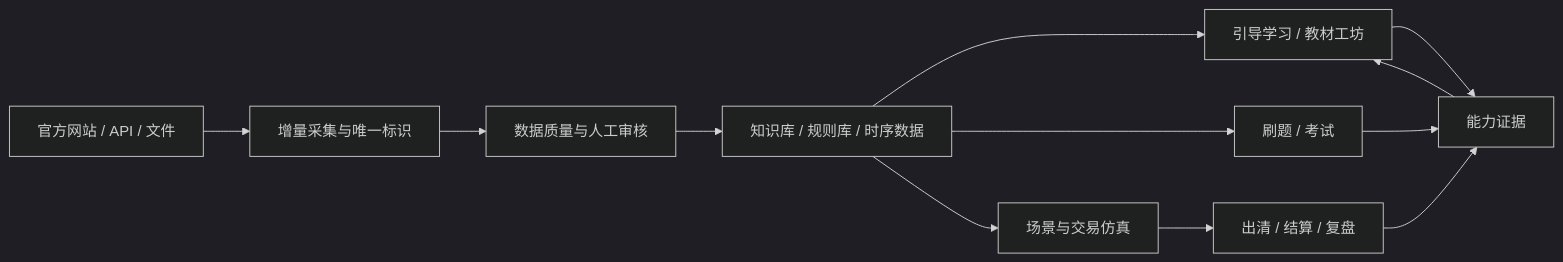
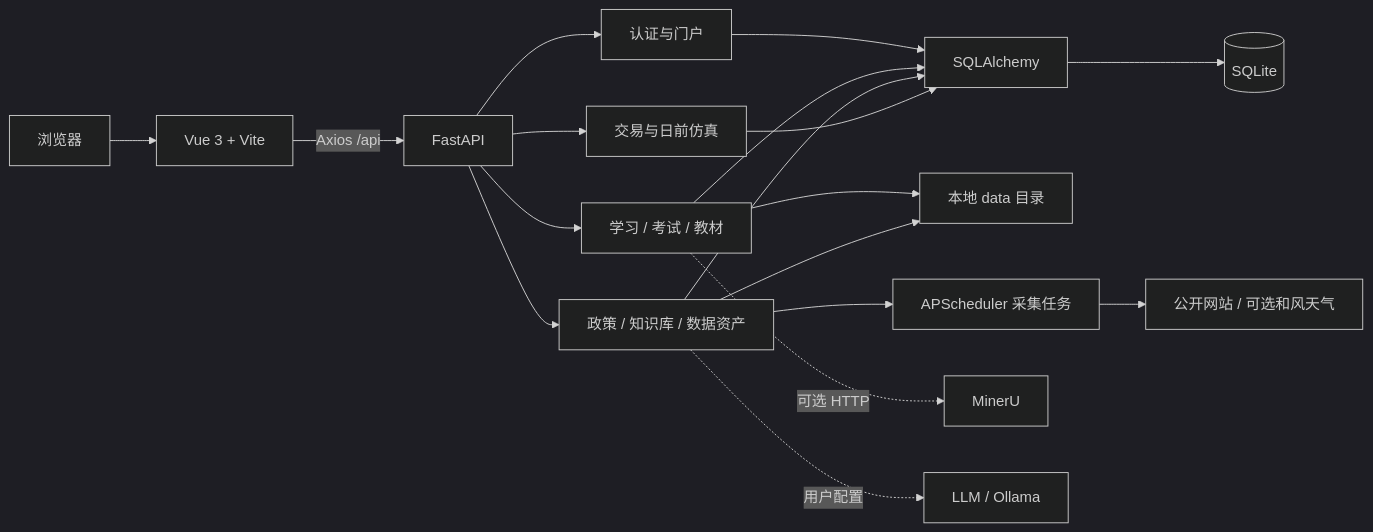
One commit to wenpeifeng/power-trade-lab changed the diagram in README.md. Above: the diagram before and after it, drawn with Mermaid (dark theme). The commit also changed other lines of this file and 27 other files, not shown here.

````diff
--- a/README.md
+++ b/README.md
@@ -71,14 +37,20 @@
 ```mermaid
 flowchart LR
-    A[官方网站 / API / 文件] --> B[增量采集与唯一标识]
-    B --> C[数据质量与人工审核]
-    C --> D[知识库 / 规则库 / 时序数据]
-    D --> E[引导学习 / 教材工坊]
-    D --> F[刷题 / 考试]
-    D --> G[场景与交易仿真]
-    E --> H[能力证据]
-    F --> H
-    G --> I[出清 / 结算 / 复盘]
-    I --> H
-    H --> E
+    U[浏览器] --> V[Vue 3 + Vite]
+    V -->|Axios /api| F[FastAPI]
+    F --> A[认证与门户]
+    F --> L[学习 / 考试 / 教材]
+    F --> K[政策 / 知识库 / 数据资产]
+    F --> T[交易与日前仿真]
+    A --> ORM[SQLAlchemy]
+    L --> ORM
+    K --> ORM
+    T --> ORM
+    ORM --> DB[(SQLite)]
+    L --> FS[本地 data 目录]
+    K --> FS
+    K --> C[APScheduler 采集任务]
+    C --> EXT[公开网站 / 可选和风天气]
+    L -.可选 HTTP.-> M[MinerU]
+    K -.用户配置.-> AI[LLM / Ollama]
 ```
````
